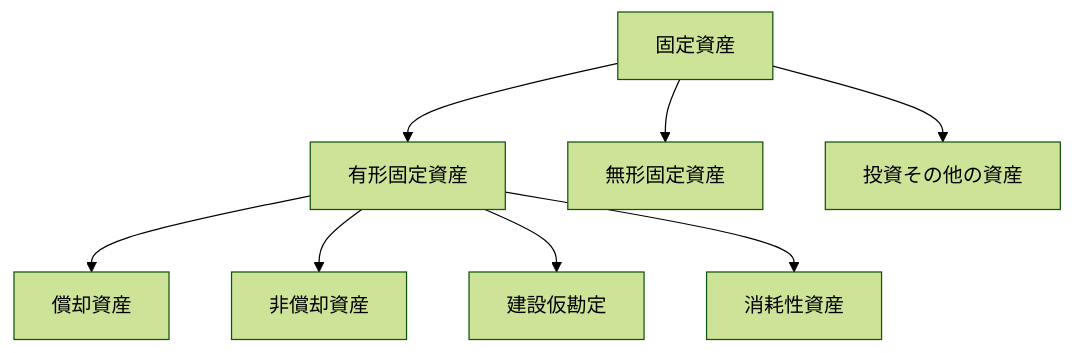
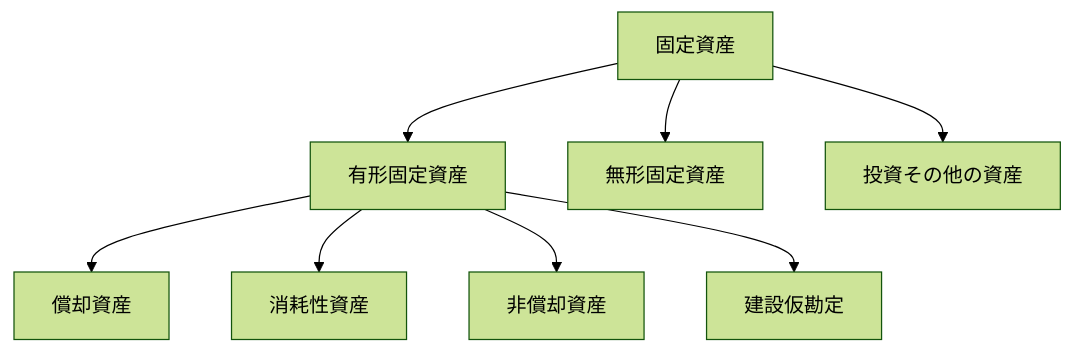
Before and after one commit to bebetakumi/mermaid: the diagram in 固定資産/固定資産区分概要.md, drawn with Mermaid (forest theme). The commit also changed other lines of this file and 1 other file, not shown here.

````diff
--- a/固定資産/固定資産区分概要.md
+++ b/固定資産/固定資産区分概要.md
@@ -3,11 +3,11 @@
 ```mermaid
 graph TD
 
 固定資産 --> 有形固定資産 --> 償却資産
 固定資産 --> 無形固定資産
 固定資産 --> 投資その他の資産
+有形固定資産 --> 消耗性資産
 有形固定資産 --> 非償却資産
 有形固定資産 --> 建設仮勘定
-有形固定資産 --> 消耗性資産
 
 ```
````
